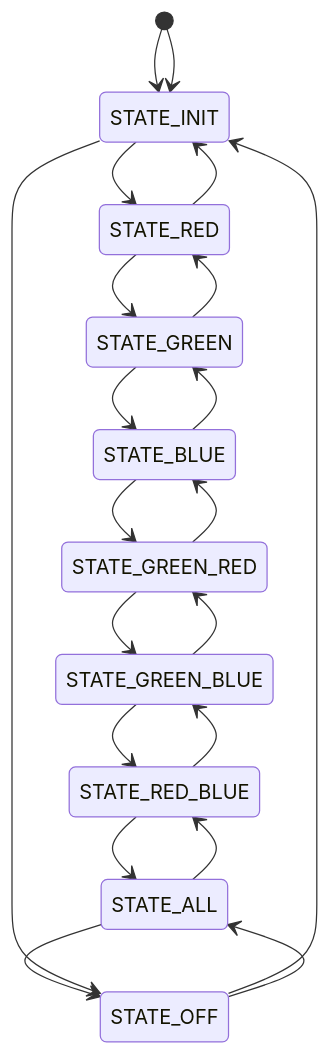
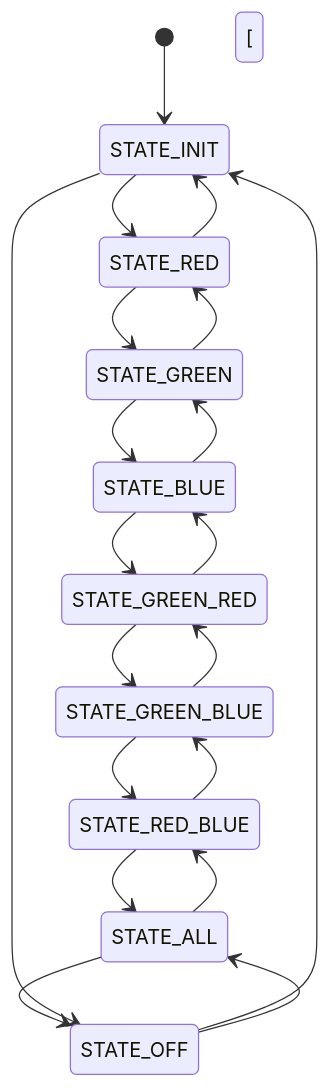
One commit to AngelMzno/iodraw-files changed the diagram in all/Mapa de Estado.md. Above: the diagram before and after it, drawn with Mermaid.

Commit message:
2024-09-03 19:50:05 update

````diff
--- a/all/Mapa de Estado.md
+++ b/all/Mapa de Estado.md
@@ -1,28 +1,28 @@
 ```mermaid
 stateDiagram-v2
 [*]-->STATE_INIT
 STATE_INIT --> STATE_RED
 STATE_RED --> STATE_GREEN
 STATE_GREEN-->STATE_BLUE
 STATE_BLUE -->STATE_GREEN_RED
 STATE_GREEN_RED -->STATE_GREEN_BLUE
 STATE_GREEN_BLUE-->STATE_RED_BLUE
 STATE_RED_BLUE-->STATE_ALL
 STATE_ALL-->STATE_OFF
 STATE_OFF-->STATE_INIT
 
-[*]-->STATE_INIT
+[
 STATE_INIT --> STATE_OFF
 STATE_RED --> STATE_INIT
 STATE_GREEN-->STATE_RED
 STATE_BLUE -->STATE_GREEN
 STATE_GREEN_RED -->STATE_BLUE
 STATE_GREEN_BLUE-->STATE_GREEN_RED
 STATE_RED_BLUE-->STATE_GREEN_BLUE
 STATE_ALL-->STATE_RED_BLUE
 STATE_OFF-->STATE_ALL
 
 
 
 
 ```
````
